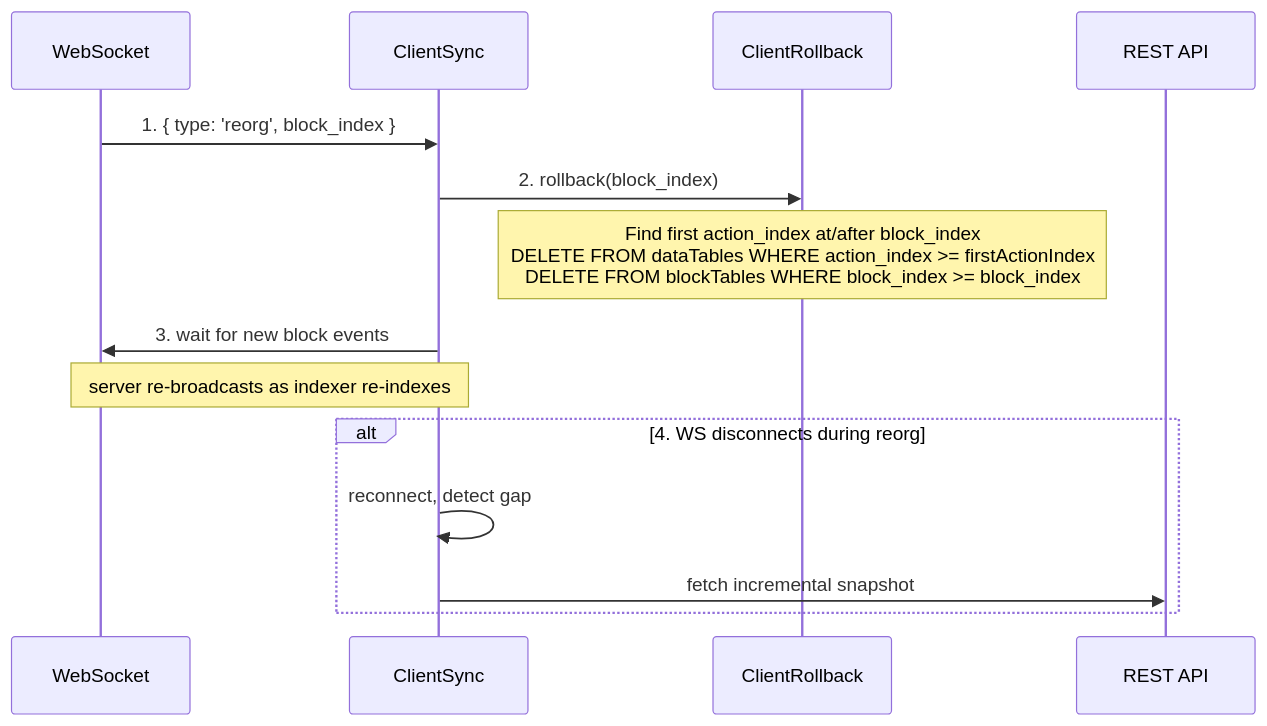
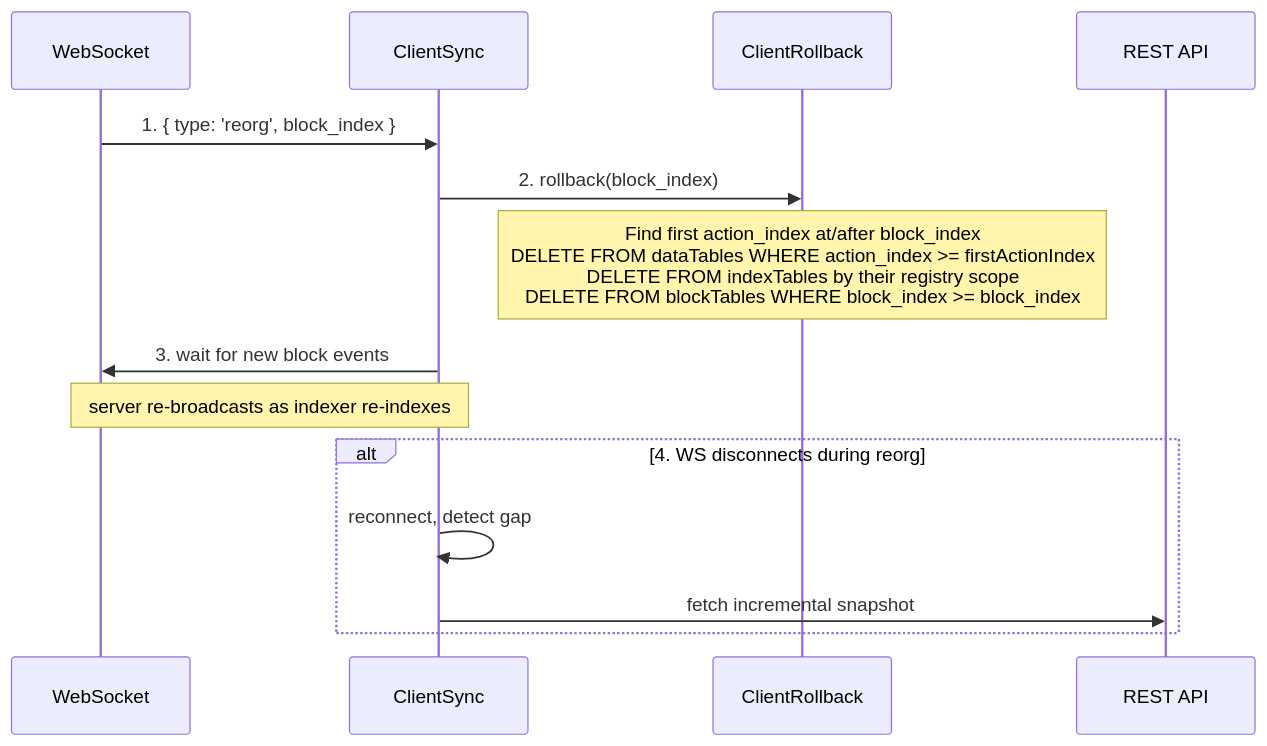
One commit to XChain-Platform/xchain-documentation changed the eighth of 8 diagrams in components/sync/architecture.md. Above: the diagram before and after it, drawn with Mermaid. The commit also changed other lines of this file and 120 other files, not shown here.

````diff
--- a/components/sync/architecture.md
+++ b/components/sync/architecture.md
@@ -248,16 +248,16 @@
 ```mermaid
 sequenceDiagram
     participant WS as WebSocket
     participant CS as ClientSync
     participant CR as ClientRollback
     participant REST as REST API
     WS->>CS: 1. { type: 'reorg', block_index }
     CS->>CR: 2. rollback(block_index)
-    Note over CR: Find first action_index at/after block_index<br>DELETE FROM dataTables WHERE action_index >= firstActionIndex<br>DELETE FROM blockTables WHERE block_index >= block_index
+    Note over CR: Find first action_index at/after block_index<br>DELETE FROM dataTables WHERE action_index >= firstActionIndex<br>DELETE FROM indexTables by their registry scope<br>DELETE FROM blockTables WHERE block_index >= block_index
     CS->>WS: 3. wait for new block events
     Note over CS,WS: server re-broadcasts as indexer re-indexes
     alt 4. WS disconnects during reorg
         CS->>CS: reconnect, detect gap
         CS->>REST: fetch incremental snapshot
     end
 ```
````
